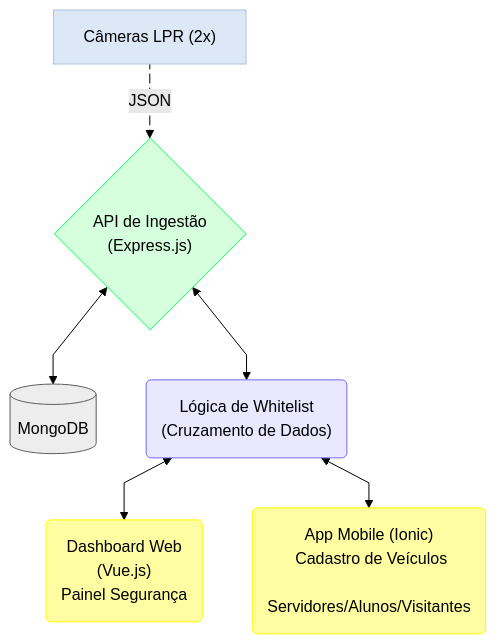
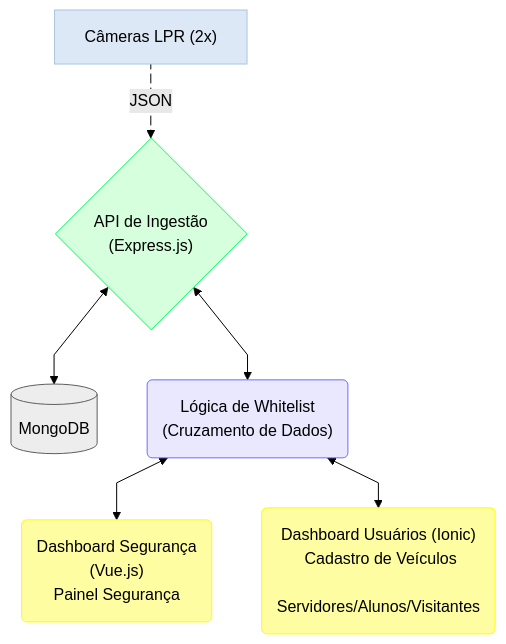
The first of 3 diagrams in README.md (alberthydev/carcara-sentinela), drawn with Mermaid (forest theme) before and after one commit. The commit also changed other lines of this file, not shown here.

````diff
--- a/README.md
+++ b/README.md
@@ -65,20 +65,20 @@
 ```mermaid
 flowchart TD
     A["Câmeras LPR (2x)"] e1@-->|JSON| B{"API de Ingestão \n(Express.js)"}
     e1@{ animate: true, curve: linear }
     B e2@<--> C[(MongoDB)]
     B e3@<--> D("Lógica de Whitelist \n(Cruzamento de Dados)")
-    D e4@<--> E("Dashboard Web \n(Vue.js)\nPainel Segurança")
-    D e5@<--> F("App Mobile (Ionic)\n Cadastro de Veículos\n Servidores/Alunos/Visitantes")
+    D e4@<--> E("Dashboard Segurança \n(Vue.js)\nPainel Segurança")
+    D e5@<--> F("Dashboard Usuários (Ionic)\n Cadastro de Veículos\n Servidores/Alunos/Visitantes")
     e2@{ curve: linear }
     e3@{ curve: linear }
     e4@{ curve: linear }
     e5@{ curve: linear }
   
     style A fill:#dce8f5,stroke:#aac4e0
     style B fill:#D6FFDD,stroke:#00FF59
     style C fill:#EDEDED,stroke:#5E5E5E
     style D fill:#E9E8FF,stroke:#716BFF
     style E fill:#FFFDA1,stroke:#FFFD00
     style F fill:#FFFDA1,stroke:#FFFD00
 ```
````
